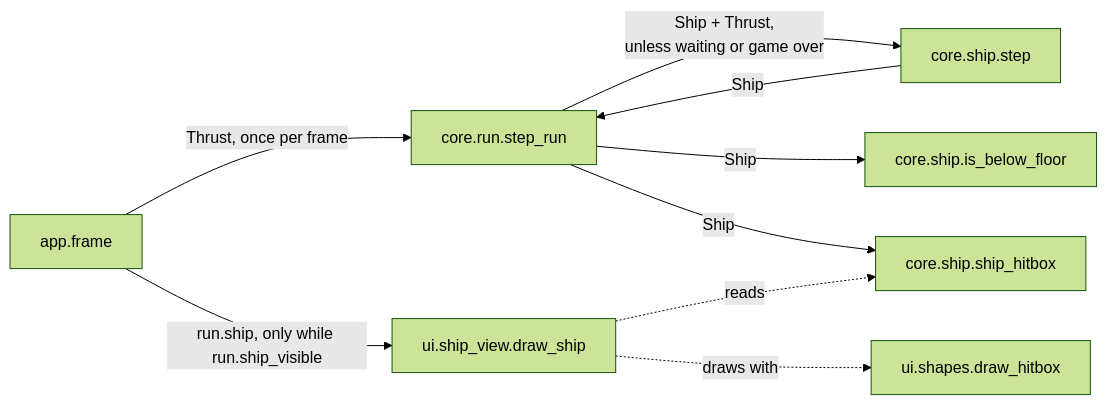
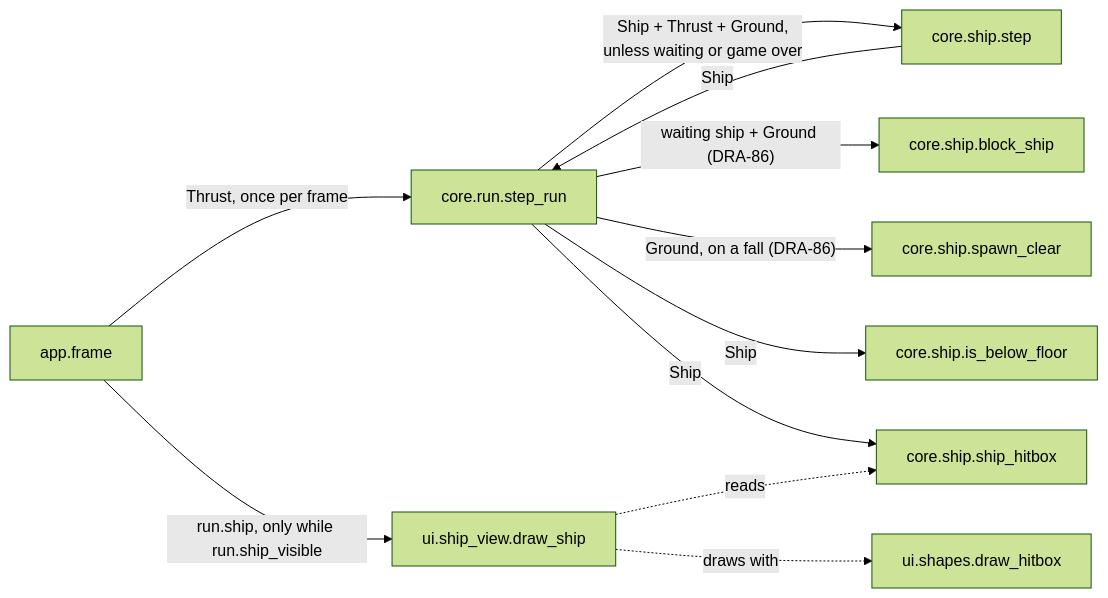
The second of 2 diagrams in docs/contracts/systems/ship.md (david-mntl/driftward-ace), drawn with Mermaid (forest theme) before and after one commit. The commit also changed other lines of this file and 15 other files, not shown here.

Commit message:
docs(contracts): add DRA-86 floating island tasks and tuning schema; update drifters, ship, run, app contracts and wave and debug spawn schemas

````diff
--- a/docs/contracts/systems/ship.md
+++ b/docs/contracts/systems/ship.md
@@ -54,11 +92,13 @@
 ```mermaid
 flowchart LR
   APP["app.frame"] -- "Thrust, once per frame" --> RUN["core.run.step_run"]
-  RUN -- "Ship + Thrust,<br/>unless waiting or game over" --> STEP["core.ship.step"]
+  RUN -- "Ship + Thrust + Ground,<br/>unless waiting or game over" --> STEP["core.ship.step"]
   STEP -- "Ship" --> RUN
+  RUN -- "waiting ship + Ground (DRA-86)" --> BLK["core.ship.block_ship"]
+  RUN -- "Ground, on a fall (DRA-86)" --> SC["core.ship.spawn_clear"]
   RUN -- "Ship" --> FL["core.ship.is_below_floor"]
   RUN -- "Ship" --> HB["core.ship.ship_hitbox"]
   APP -- "run.ship, only while run.ship_visible" --> VIEW["ui.ship_view.draw_ship"]
   VIEW -. "reads" .-> HB
   VIEW -. "draws with" .-> SHP["ui.shapes.draw_hitbox"]
 ```
````
